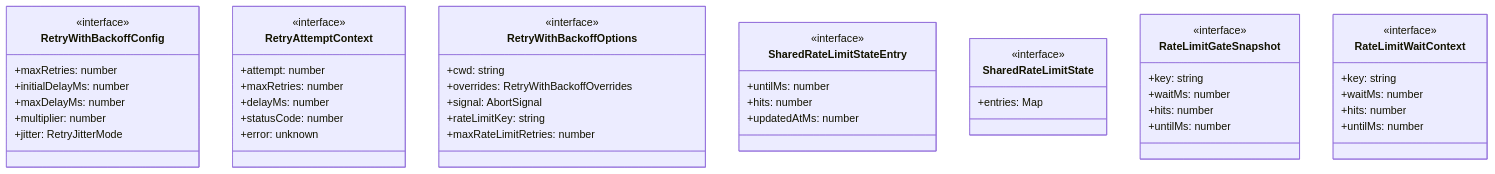
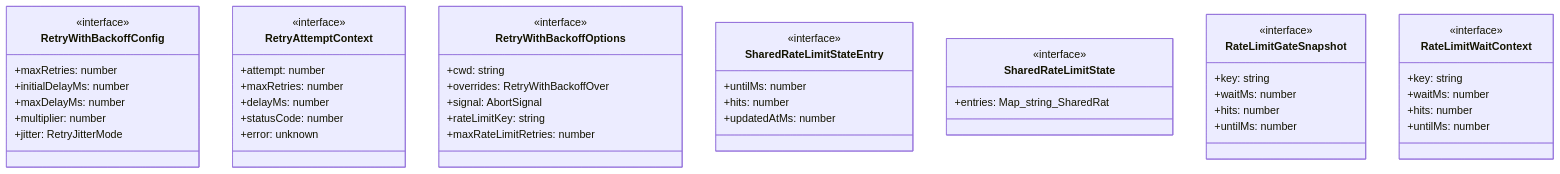
The first of 3 diagrams in ABDD/.pi/lib/retry-with-backoff.md (Mekann2904/mekann), drawn with Mermaid before and after one commit. The commit also changed other lines of this file and 174 other files, not shown here.

First line of the commit message:
fix(docs): ABDDのMermaid図生成エラーを修正する

````diff
--- a/ABDD/.pi/lib/retry-with-backoff.md
+++ b/ABDD/.pi/lib/retry-with-backoff.md
@@ -44,51 +44,51 @@
 ```mermaid
 classDiagram
   class RetryWithBackoffConfig {
     <<interface>>
     +maxRetries: number
     +initialDelayMs: number
     +maxDelayMs: number
     +multiplier: number
     +jitter: RetryJitterMode
   }
   class RetryAttemptContext {
     <<interface>>
     +attempt: number
     +maxRetries: number
     +delayMs: number
     +statusCode: number
     +error: unknown
   }
   class RetryWithBackoffOptions {
     <<interface>>
     +cwd: string
-    +overrides: RetryWithBackoffOverrides
+    +overrides: RetryWithBackoffOver
     +signal: AbortSignal
     +rateLimitKey: string
     +maxRateLimitRetries: number
   }
   class SharedRateLimitStateEntry {
     <<interface>>
     +untilMs: number
     +hits: number
     +updatedAtMs: number
   }
   class SharedRateLimitState {
     <<interface>>
-    +entries: Map<stringSharedRateLimitStateEntry>
+    +entries: Map_string_SharedRat
   }
   class RateLimitGateSnapshot {
     <<interface>>
     +key: string
     +waitMs: number
     +hits: number
     +untilMs: number
   }
   class RateLimitWaitContext {
     <<interface>>
     +key: string
     +waitMs: number
     +hits: number
     +untilMs: number
   }
 ```
````
